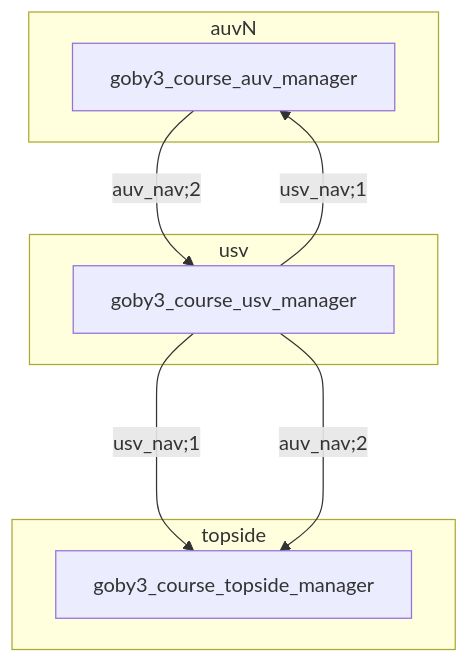
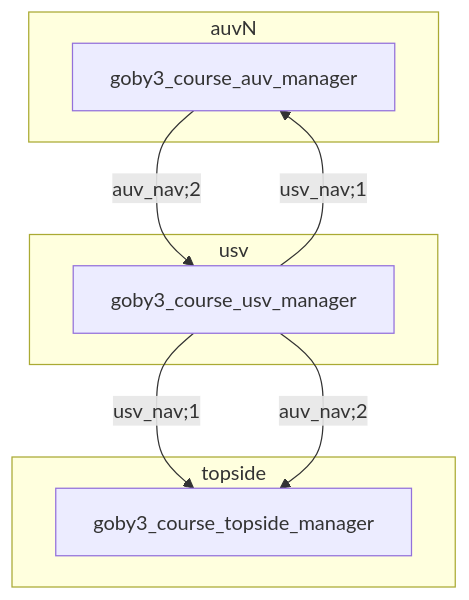
Before and after one commit to limuir/goby3-course: diagram 13 of 13 in lectures/day2-comms/day2-comms_notes.md, drawn with Mermaid. The commit also changed other lines of this file, not shown here.

````diff
--- a/lectures/day2-comms/day2-comms_notes.md
+++ b/lectures/day2-comms/day2-comms_notes.md
@@ -1591,16 +1595,16 @@
 ```mermaid
 graph TD
     subgraph auvN
         auvm[goby3_course_auv_manager]
     end
     subgraph usv
         usvm[goby3_course_usv_manager]
     end
     subgraph topside
         topsidem[goby3_course_topside_manager]
     end
 
     auvm-->|"auv_nav;2"|usvm-->|"usv_nav;1"|topsidem
-    usvm--->|"auv_nav;2"|topsidem
+    usvm-->|"auv_nav;2"|topsidem
     usvm-->|"usv_nav;1"|auvm
 ```
````
